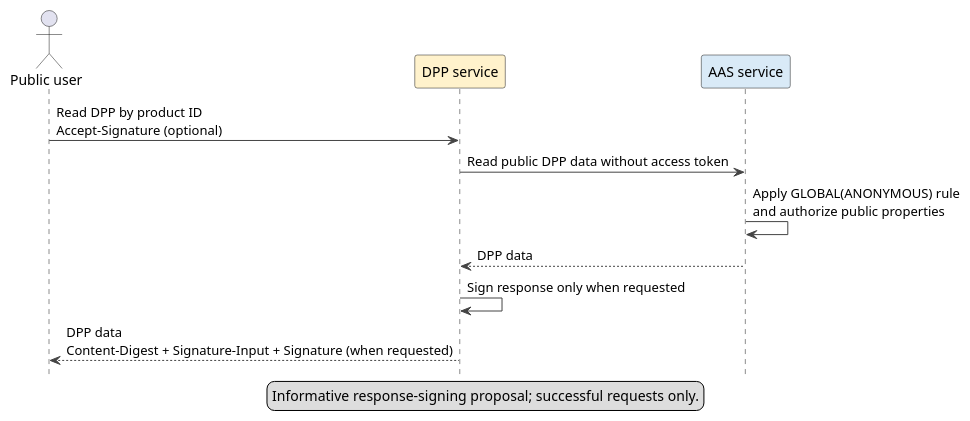
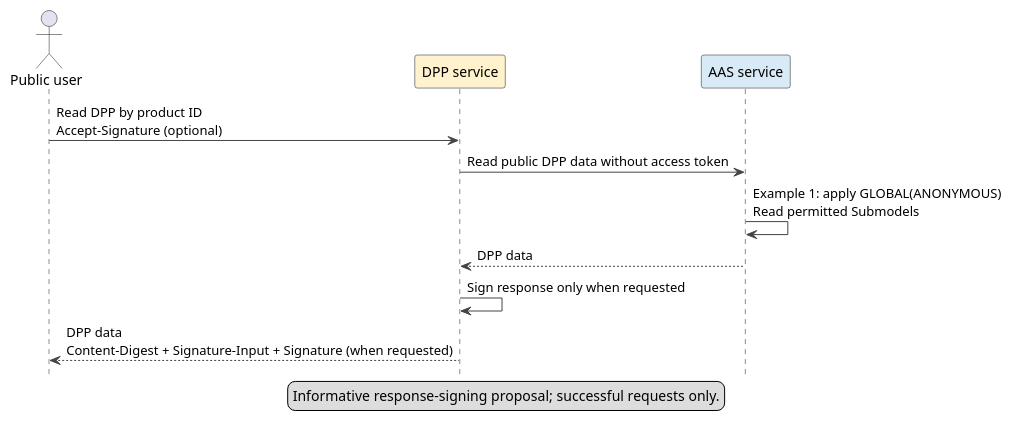
One commit to Martin187187/aas-specs-security changed the diagram in documentation/IDTA-01004/modules/ROOT/partials/diagrams/dpp-public-read.puml. Above: the diagram before and after it, drawn with PlantUML. The commit also changed 8 other files, not shown here.

```diff
--- a/documentation/IDTA-01004/modules/ROOT/partials/diagrams/dpp-public-read.puml
+++ b/documentation/IDTA-01004/modules/ROOT/partials/diagrams/dpp-public-read.puml
@@ -1,23 +1,23 @@
 @startuml
 ' Copyright (c) 2026 Industrial Digital Twin Association
 ' SPDX-License-Identifier: CC-BY-4.0
 
 skinparam shadowing false
 skinparam ArrowColor #444444
 hide footbox
 
 legend bottom
   Informative response-signing proposal; successful requests only.
 endlegend
 
 actor "Public user" as User
 participant "DPP service" as DPP #FFF2CC
 participant "AAS service" as AAS #D9EAF7
 
 User -> DPP : Read DPP by product ID\nAccept-Signature (optional)
 DPP -> AAS : Read public DPP data without access token
-AAS -> AAS : Apply GLOBAL(ANONYMOUS) rule\nand authorize public properties
+AAS -> AAS : Example 1: apply GLOBAL(ANONYMOUS)\nRead permitted Submodels
 AAS --> DPP : DPP data
 DPP -> DPP : Sign response only when requested
 DPP --> User : DPP data\nContent-Digest + Signature-Input + Signature (when requested)
 @enduml
```
